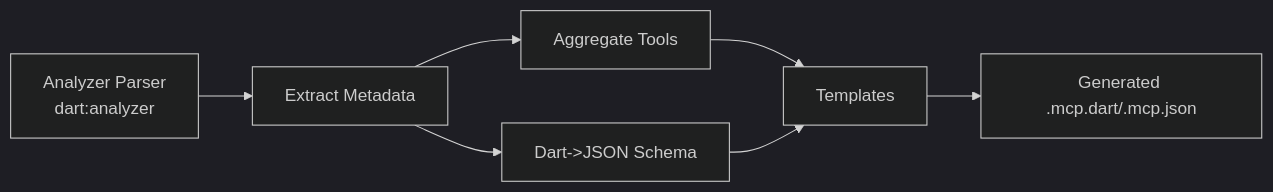
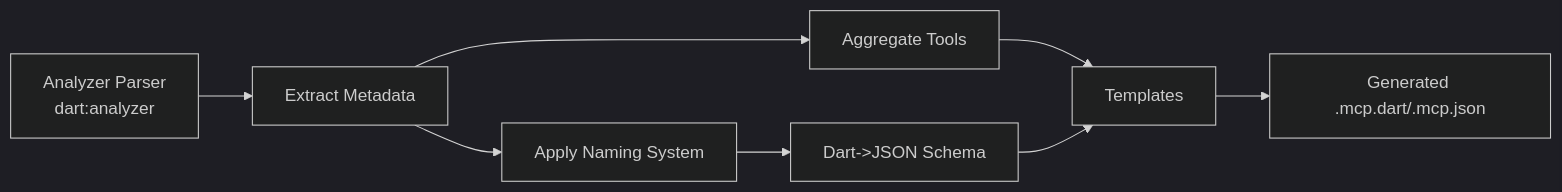
Before and after one commit to cdavis-code/easy_mcp_workspace: the sixth of 10 diagrams in .qoder/repowiki/en/content/Core Concepts/Core Concepts.md, drawn with Mermaid (dark theme). The commit also changed other lines of this file and 8 other files, not shown here.

````diff
--- a/.qoder/repowiki/en/content/Core Concepts/Core Concepts.md
+++ b/.qoder/repowiki/en/content/Core Concepts/Core Concepts.md
@@ -240,9 +299,10 @@
 ```mermaid
 graph LR
 Parser["Analyzer Parser<br/>dart:analyzer"] --> Extract["Extract Metadata"]
-Extract --> Schema["Dart->JSON Schema"]
+Extract --> Naming["Apply Naming System"]
+Naming --> Schema["Dart->JSON Schema"]
 Extract --> Tools["Aggregate Tools"]
 Tools --> Templates["Templates"]
 Schema --> Templates
 Templates --> Output["Generated .mcp.dart/.mcp.json"]
 ```
````
